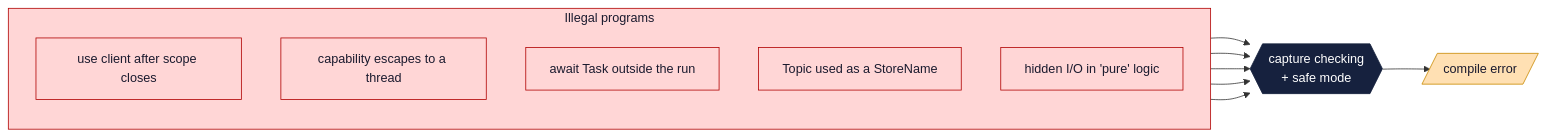
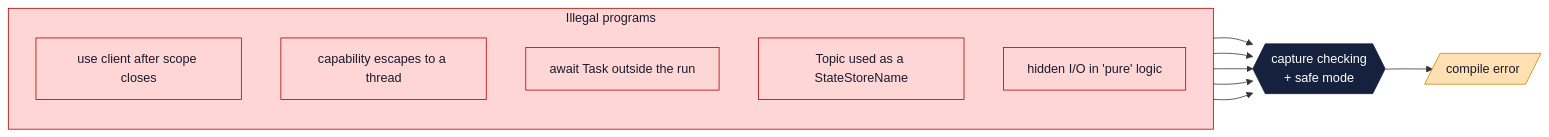
Before and after one commit to sideeffffect/dapr4s-examples: diagram 13 of 14 in SLIDES.md, drawn with Mermaid. The commit also changed other lines of this file and 17 other files, not shown here.

````diff
--- a/SLIDES.md
+++ b/SLIDES.md
@@ -1444,23 +1448,23 @@
 ```mermaid
 flowchart LR
   subgraph illegal["Illegal programs"]
     direction TB
     A["use client after scope closes"]
     B["capability escapes to a thread"]
     C["await Task outside the run"]
-    D["Topic used as a StoreName"]
+    D["Topic used as a StateStoreName"]
     E2["hidden I/O in 'pure' logic"]
   end
   WALL{{"capture checking<br/>+ safe mode"}}
   CE[/"compile error"/]
   A --> WALL
   B --> WALL
   C --> WALL
   D --> WALL
   E2 --> WALL
   WALL --> CE
   classDef bad fill:#ffd6d6,stroke:#b00000,color:#1a1a2e;
   classDef wall fill:#16213e,color:#fff,stroke:#16213e;
   classDef ce fill:#ffe0b3,stroke:#c98a00,color:#1a1a2e;
   class illegal bad; class A,B,C,D,E2 bad; class WALL wall; class CE ce;
 ```
````
